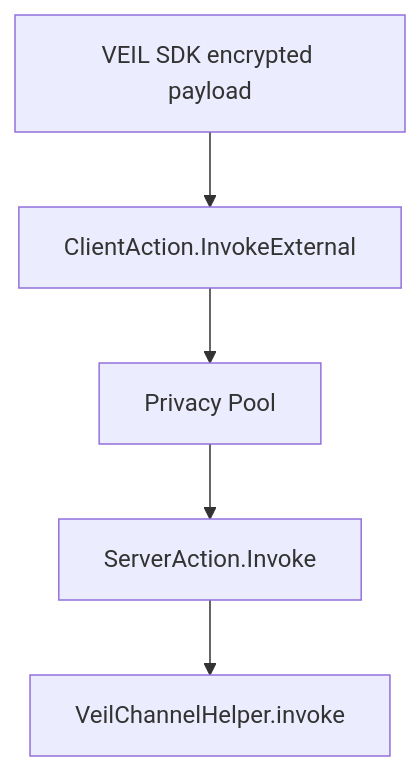
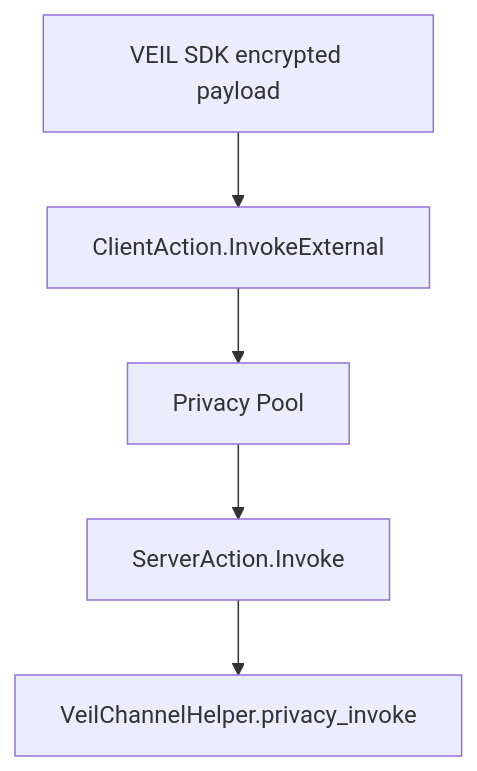
The diagram in docs/privacy-pool-abi-analysis.md (DXJLabs/velix), drawn with Mermaid before and after one commit. The commit also changed 9 other files, not shown here.

Commit message:
Add privacy_invoke helper entrypoint

````diff
--- a/docs/privacy-pool-abi-analysis.md
+++ b/docs/privacy-pool-abi-analysis.md
@@ -24,7 +24,7 @@
 ```mermaid
 flowchart TD
   A["VEIL SDK encrypted payload"] --> B["ClientAction.InvokeExternal"]
   B --> C["Privacy Pool"]
   C --> D["ServerAction.Invoke"]
-  D --> E["VeilChannelHelper.invoke"]
+  D --> E["VeilChannelHelper.privacy_invoke"]
 ```
````
